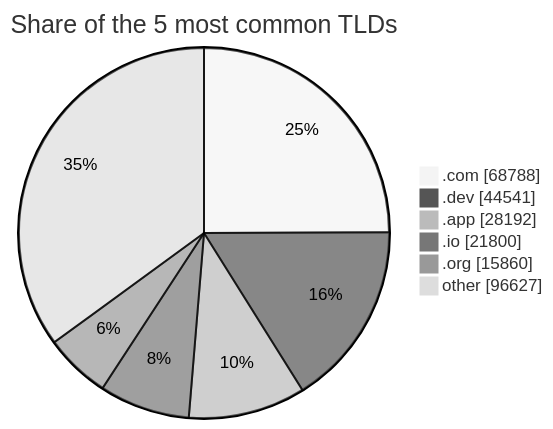
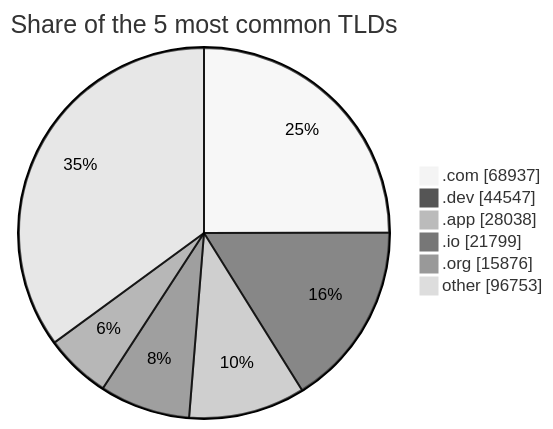
The third of 3 diagrams in README.md (DNSBunker/CTI), drawn with Mermaid (neutral theme) before and after one commit. The commit also changed other lines of this file and 3 other files, not shown here.

````diff
--- a/README.md
+++ b/README.md
@@ -81,9 +81,9 @@
 ```mermaid
 pie showData title Share of the 5 most common TLDs
-    ".com" : 68788
-    ".dev" : 44541
-    ".app" : 28192
-    ".io" : 21800
-    ".org" : 15860
-    "other" : 96627
+    ".com" : 68937
+    ".dev" : 44547
+    ".app" : 28038
+    ".io" : 21799
+    ".org" : 15876
+    "other" : 96753
 ```
````
